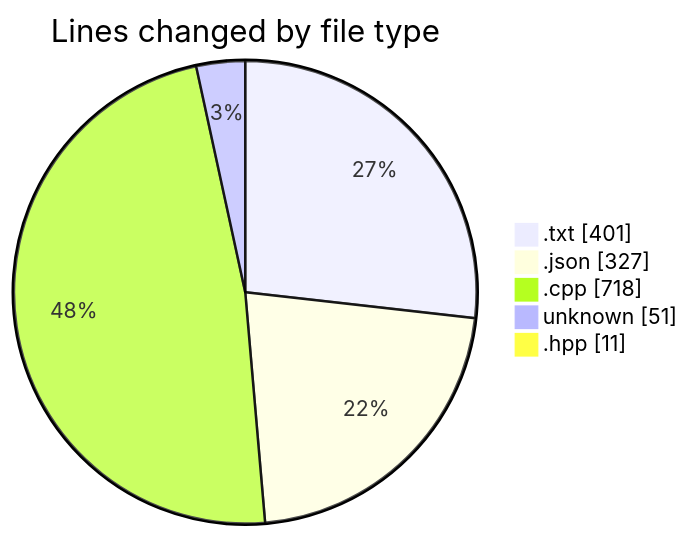
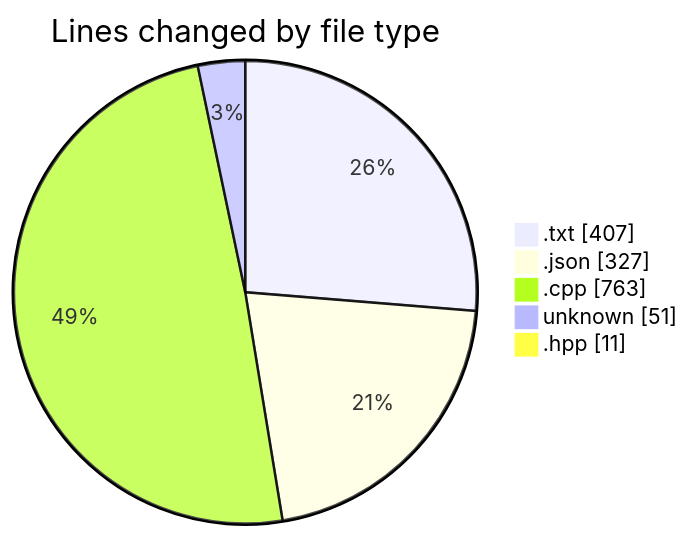
One commit to Netris89/code-tracking changed the first of 2 diagrams in 2025-04-07/echo/README.md. Above: the diagram before and after it, drawn with Mermaid. The commit also changed other lines of this file and 1 other file, not shown here.

````diff
--- a/2025-04-07/echo/README.md
+++ b/2025-04-07/echo/README.md
@@ -29,9 +29,9 @@
 ```mermaid
 pie showData
 title Lines changed by file type
-".txt" : 401
+".txt" : 407
 ".json" : 327
-".cpp" : 718
+".cpp" : 763
 "unknown" : 51
 ".hpp" : 11
 ```
````
